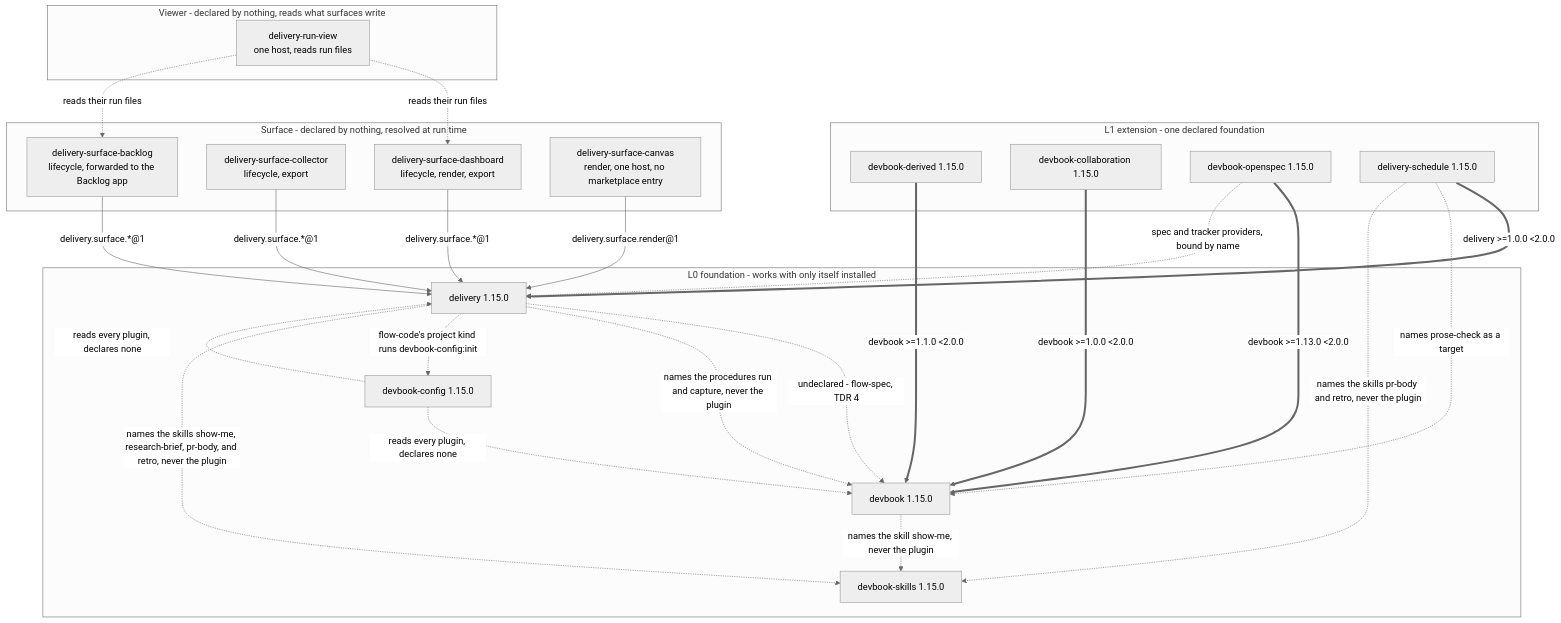
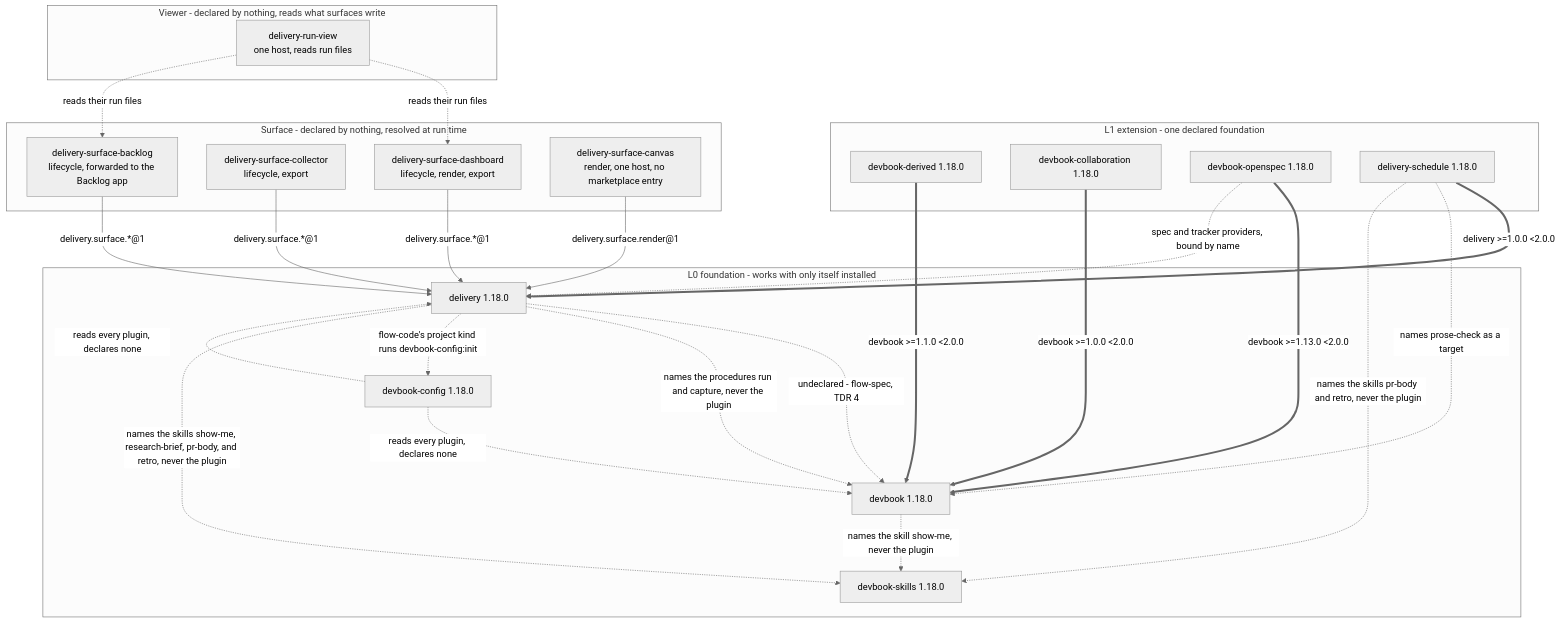
Before and after one commit to JSdotNet/ai-agent-stack: the first of 3 diagrams in .devbook/arc42/05-building-block-view.md, drawn with Mermaid (neutral theme). The commit also changed 26 other files, not shown here.

````diff
--- a/.devbook/arc42/05-building-block-view.md
+++ b/.devbook/arc42/05-building-block-view.md
@@ -29,50 +29,50 @@
 ```mermaid
 flowchart TB
     subgraph L0["L0 foundation - works with only itself installed"]
-        DEV["devbook 1.15.0"]
-        DEL["delivery 1.15.0"]
-        CFG["devbook-config 1.15.0"]
-        SKL["devbook-skills 1.15.0"]
+        DEV["devbook 1.18.0"]
+        DEL["delivery 1.18.0"]
+        CFG["devbook-config 1.18.0"]
+        SKL["devbook-skills 1.18.0"]
     end
 
     subgraph L1["L1 extension - one declared foundation"]
-        DBD["devbook-derived 1.15.0"]
-        DBC["devbook-collaboration 1.15.0"]
-        DOS["devbook-openspec 1.15.0"]
-        SCH["delivery-schedule 1.15.0"]
+        DBD["devbook-derived 1.18.0"]
+        DBC["devbook-collaboration 1.18.0"]
+        DOS["devbook-openspec 1.18.0"]
+        SCH["delivery-schedule 1.18.0"]
     end
 
     subgraph SURF["Surface - declared by nothing, resolved at run time"]
         SD["delivery-surface-dashboard<br/>lifecycle, render, export"]
         SL["delivery-surface-collector<br/>lifecycle, export"]
         SB["delivery-surface-backlog<br/>lifecycle, forwarded to the Backlog app"]
         SC["delivery-surface-canvas<br/>render, one host, no marketplace entry"]
     end
 
     subgraph VIEW["Viewer - declared by nothing, reads what surfaces write"]
         RV["delivery-run-view<br/>one host, reads run files"]
     end
 
     DBD ==>|"devbook >=1.1.0 &lt;2.0.0"| DEV
     DBC ==>|"devbook >=1.0.0 &lt;2.0.0"| DEV
     DOS ==>|"devbook >=1.13.0 &lt;2.0.0"| DEV
     SCH ==>|"delivery >=1.0.0 &lt;2.0.0"| DEL
 
     SD -->|"delivery.surface.*@1"| DEL
     SL -->|"delivery.surface.*@1"| DEL
     SB -->|"delivery.surface.*@1"| DEL
     SC -->|"delivery.surface.render@1"| DEL
     RV -.->|"reads their run files"| SD
     RV -.->|"reads their run files"| SB
 
     SCH -.->|"names prose-check as a target"| DEV
     DEL -.->|"undeclared - flow-spec, TDR 4"| DEV
     DEL -.->|"names the procedures run and capture, never the plugin"| DEV
     CFG -.->|"reads every plugin, declares none"| DEV
     CFG -.->|"reads every plugin, declares none"| DEL
     DEL -.->|"flow-code's project kind runs devbook-config:init"| CFG
     DOS -.->|"spec and tracker providers, bound by name"| DEL
     DEV -.->|"names the skill show-me, never the plugin"| SKL
     DEL -.->|"names the skills show-me, research-brief, pr-body, and retro, never the plugin"| SKL
     SCH -.->|"names the skills pr-body and retro, never the plugin"| SKL
 ```
````
